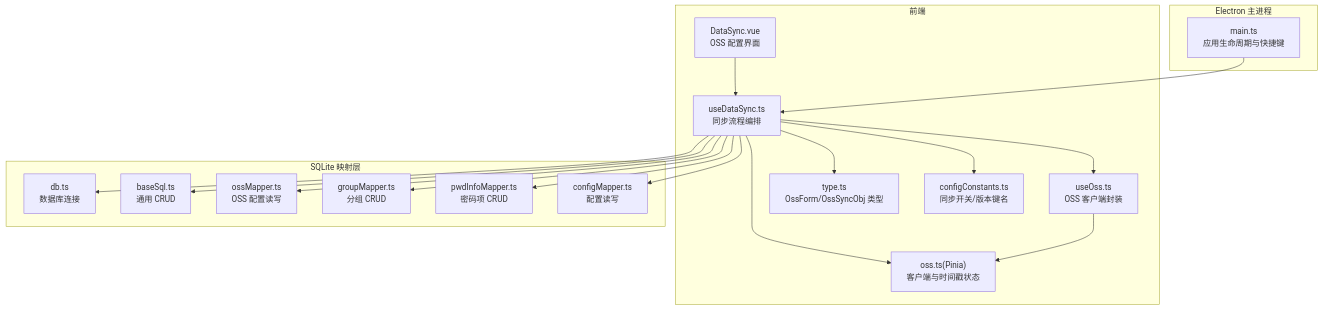
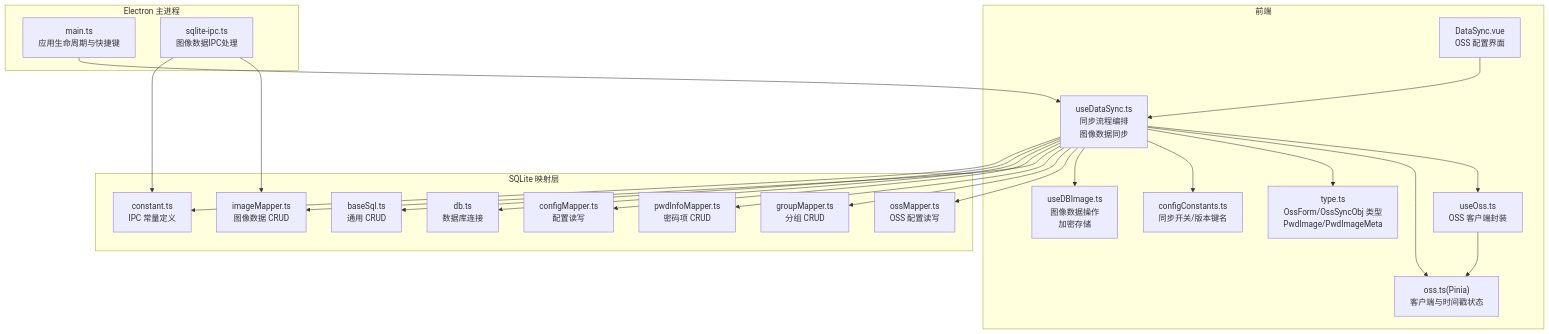
The first of 5 diagrams in .qoder/repowiki/zh/content/业务逻辑层/数据同步机制.md (scgithub3220216/password-manager), drawn with Mermaid before and after one commit. The commit also changed other lines of this file and 9 other files, not shown here.

First line of the commit message:
feat(sync): 新增图像数据同步支持

````diff
--- a/.qoder/repowiki/zh/content/业务逻辑层/数据同步机制.md
+++ b/.qoder/repowiki/zh/content/业务逻辑层/数据同步机制.md
@@ -44,35 +55,44 @@
 ```mermaid
 graph TB
 subgraph "前端"
-A["useDataSync.ts<br/>同步流程编排"]
+A["useDataSync.ts<br/>同步流程编排<br/>图像数据同步"]
 B["useOss.ts<br/>OSS 客户端封装"]
 C["oss.ts(Pinia)<br/>客户端与时间戳状态"]
 D["DataSync.vue<br/>OSS 配置界面"]
-E["type.ts<br/>OssForm/OssSyncObj 类型"]
+E["type.ts<br/>OssForm/OssSyncObj 类型<br/>PwdImage/PwdImageMeta"]
 F["configConstants.ts<br/>同步开关/版本键名"]
+G["useDBImage.ts<br/>图像数据操作<br/>加密存储"]
 end
 subgraph "Electron 主进程"
-G["main.ts<br/>应用生命周期与快捷键"]
+H["main.ts<br/>应用生命周期与快捷键"]
+I["sqlite-ipc.ts<br/>图像数据IPC处理"]
 end
 subgraph "SQLite 映射层"
-H["db.ts<br/>数据库连接"]
-I["baseSql.ts<br/>通用 CRUD"]
-J["ossMapper.ts<br/>OSS 配置读写"]
-K["groupMapper.ts<br/>分组 CRUD"]
-L["pwdInfoMapper.ts<br/>密码项 CRUD"]
-M["configMapper.ts<br/>配置读写"]
+J["db.ts<br/>数据库连接"]
+K["baseSql.ts<br/>通用 CRUD"]
+L["ossMapper.ts<br/>OSS 配置读写"]
+M["groupMapper.ts<br/>分组 CRUD"]
+N["pwdInfoMapper.ts<br/>密码项 CRUD"]
+O["imageMapper.ts<br/>图像数据 CRUD"]
+P["configMapper.ts<br/>配置读写"]
+Q["constant.ts<br/>IPC 常量定义"]
 end
 A --> B
 A --> C
 A --> E
 A --> F
+A --> G
 D --> A
 B --> C
+A --> L
+A --> M
+A --> N
+A --> O
+A --> P
 A --> J
 A --> K
-A --> L
-A --> M
-A --> H
-A --> I
-G --> A
+A --> Q
+I --> O
+I --> Q
+H --> A
 ```
````
